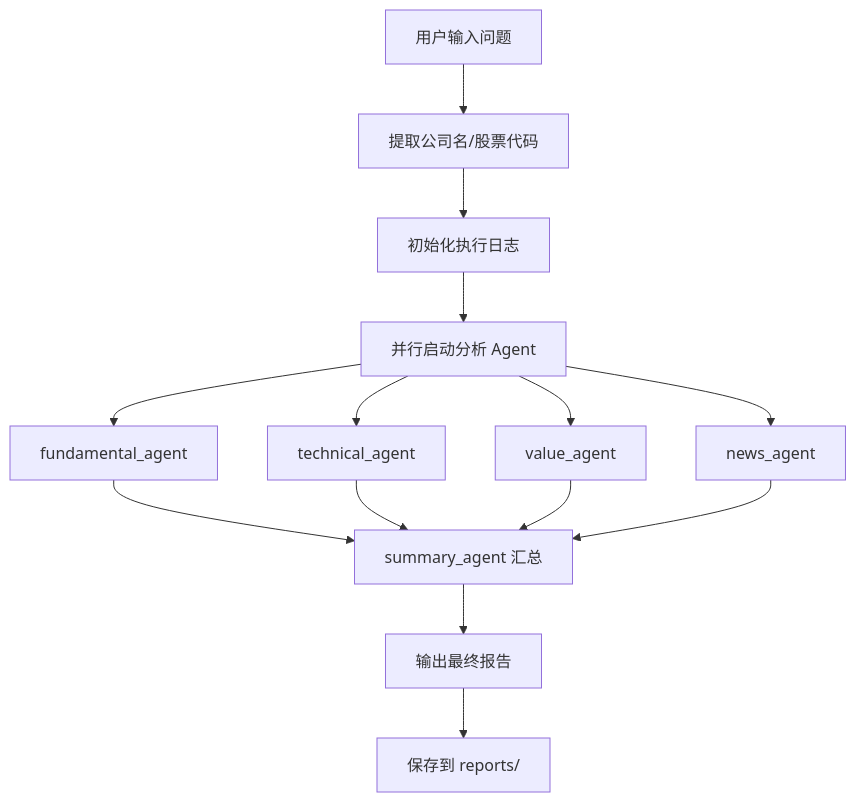
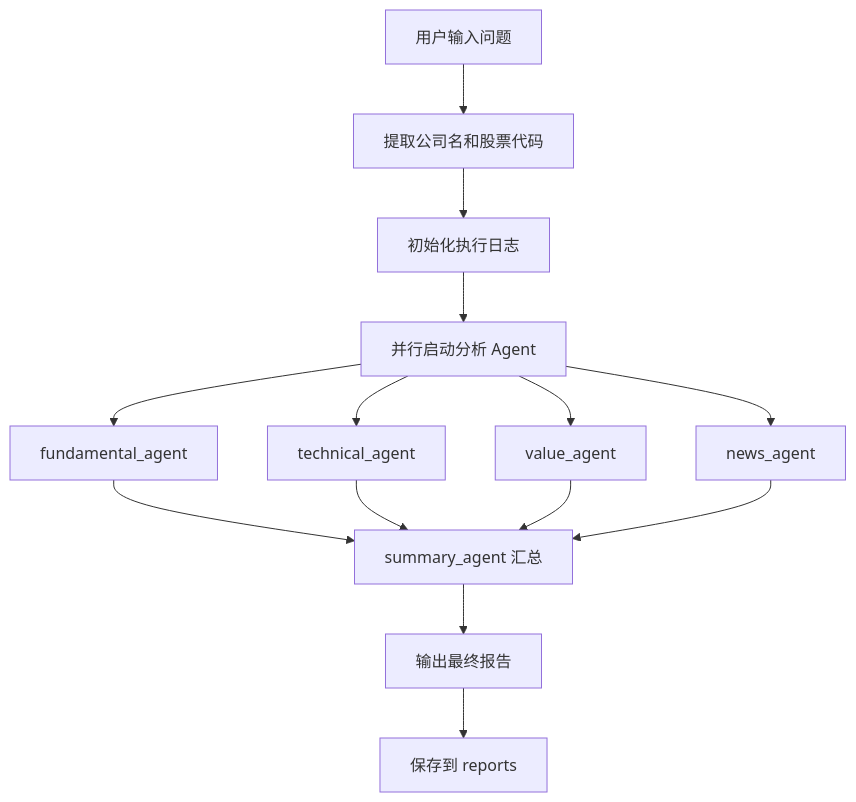
The second of 3 diagrams in README.md (ZengWenQuan/Finance_multi_agent), drawn with Mermaid before and after one commit. The commit also changed other lines of this file and 23 other files, not shown here.

Commit message:
新增了vllm部署，还有就是新加了向量数据库，图rag等内容，还有就是优化了MCP的tool提示词，使得更加精准

````diff
--- a/README.md
+++ b/README.md
@@ -66,16 +67,16 @@
 ```mermaid
 flowchart TD
-    A[用户输入问题] --> B[提取公司名/股票代码]
-    B --> C[初始化执行日志]
-    C --> D[并行启动分析 Agent]
-    D --> D1[fundamental_agent]
-    D --> D2[technical_agent]
-    D --> D3[value_agent]
-    D --> D4[news_agent]
-    D1 --> E[summary_agent 汇总]
+    A["用户输入问题"] --> B["提取公司名和股票代码"]
+    B --> C["初始化执行日志"]
+    C --> D["并行启动分析 Agent"]
+    D --> D1["fundamental_agent"]
+    D --> D2["technical_agent"]
+    D --> D3["value_agent"]
+    D --> D4["news_agent"]
+    D1 --> E["summary_agent 汇总"]
     D2 --> E
     D3 --> E
     D4 --> E
-    E --> F[输出最终报告]
-    F --> G[保存到 reports/]
+    E --> F["输出最终报告"]
+    F --> G["保存到 reports"]
 ```
````
